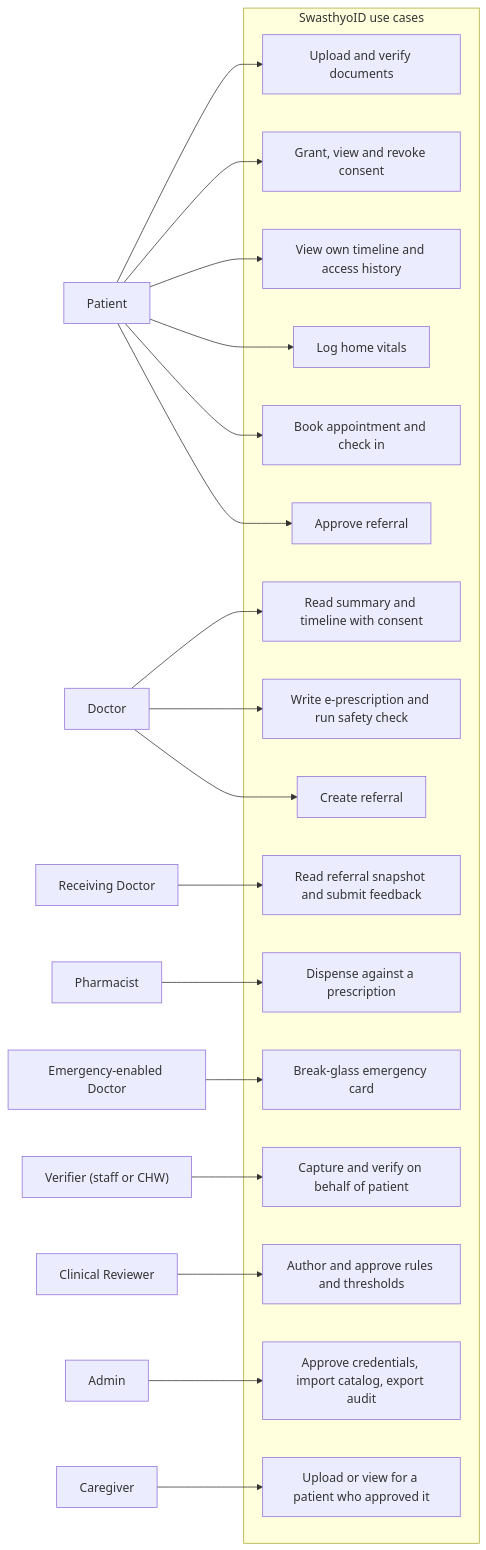
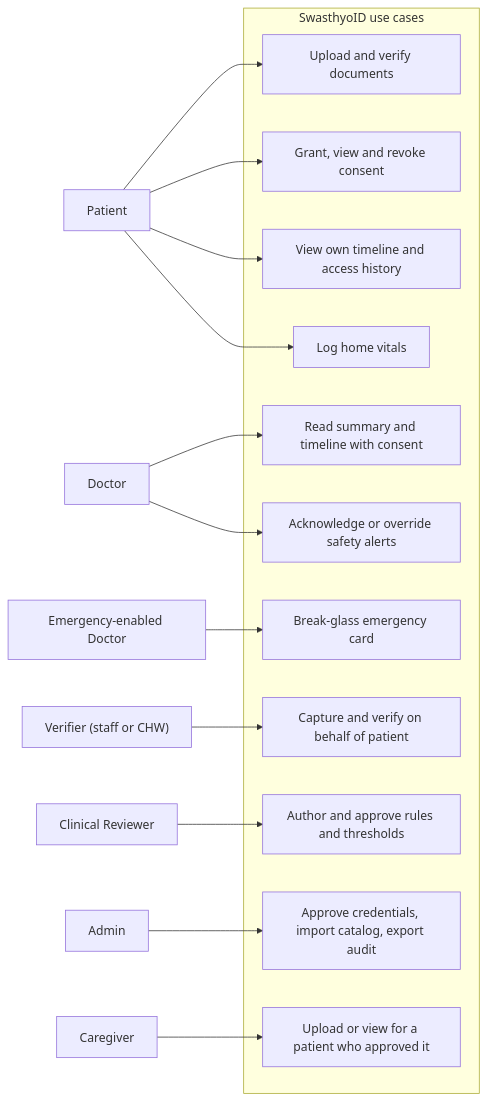
One commit to sarwar-islam/swasthyoid changed the first of 26 diagrams in docs/FRD.md. Above: the diagram before and after it, drawn with Mermaid. The commit also changed other lines of this file and 1 other file, not shown here.

````diff
--- a/docs/FRD.md
+++ b/docs/FRD.md
@@ -59,48 +63,36 @@
 ```mermaid
 flowchart LR
     P["Patient"]
     D["Doctor"]
-    RD["Receiving Doctor"]
     ED["Emergency-enabled Doctor"]
-    PH["Pharmacist"]
     V["Verifier (staff or CHW)"]
     CR["Clinical Reviewer"]
     A["Admin"]
     CG["Caregiver"]
 
     subgraph UC["SwasthyoID use cases"]
         U1["Upload and verify documents"]
         U2["Grant, view and revoke consent"]
         U3["View own timeline and access history"]
         U4["Log home vitals"]
-        U5["Book appointment and check in"]
-        U6["Approve referral"]
         U7["Read summary and timeline with consent"]
-        U8["Write e-prescription and run safety check"]
-        U9["Create referral"]
-        U10["Read referral snapshot and submit feedback"]
-        U11["Dispense against a prescription"]
+        U8["Acknowledge or override safety alerts"]
         U12["Break-glass emergency card"]
         U13["Capture and verify on behalf of patient"]
         U14["Author and approve rules and thresholds"]
         U15["Approve credentials, import catalog, export audit"]
         U16["Upload or view for a patient who approved it"]
     end
 
     P --> U1
     P --> U2
     P --> U3
     P --> U4
-    P --> U5
-    P --> U6
     D --> U7
     D --> U8
-    D --> U9
-    RD --> U10
-    PH --> U11
     ED --> U12
     V --> U13
     CR --> U14
     A --> U15
     CG --> U16
 ```
````
